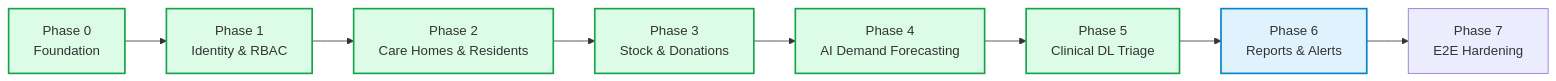
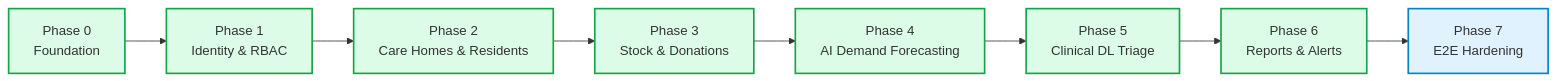
The diagram in ANTIGRAVITY_MASTER_PROMPT.md (nibhakumariu9798-crypto/walframe-sysrem), drawn with Mermaid before and after one commit. The commit also changed other lines of this file and 3 other files, not shown here.

````diff
--- a/ANTIGRAVITY_MASTER_PROMPT.md
+++ b/ANTIGRAVITY_MASTER_PROMPT.md
@@ -47,15 +47,15 @@
 ```mermaid
 flowchart LR
     P0["Phase 0<br/>Foundation"] --> P1["Phase 1<br/>Identity & RBAC"]
     P1 --> P2["Phase 2<br/>Care Homes & Residents"]
     P2 --> P3["Phase 3<br/>Stock & Donations"]
     P3 --> P4["Phase 4<br/>AI Demand Forecasting"]
     P4 --> P5["Phase 5<br/>Clinical DL Triage"]
     P5 --> P6["Phase 6<br/>Reports & Alerts"]
     P6 --> P7["Phase 7<br/>E2E Hardening"]
 
     classDef done fill:#dcfce7,stroke:#16a34a,stroke-width:2px;
     classDef next fill:#e0f2fe,stroke:#0284c7,stroke-width:2px;
-    class P0,P1,P2,P3,P4,P5 done;
-    class P6 next;
+    class P0,P1,P2,P3,P4,P5,P6 done;
+    class P7 next;
 ```
````
